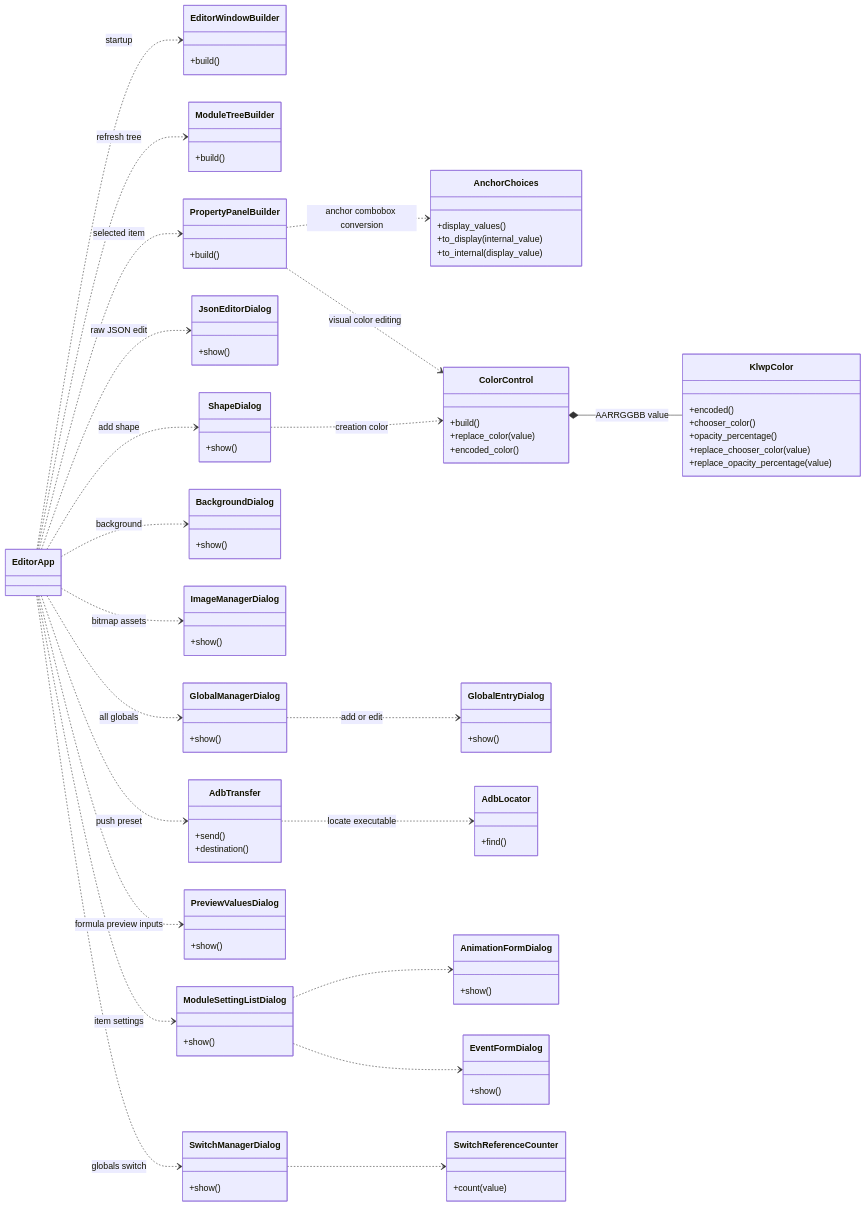
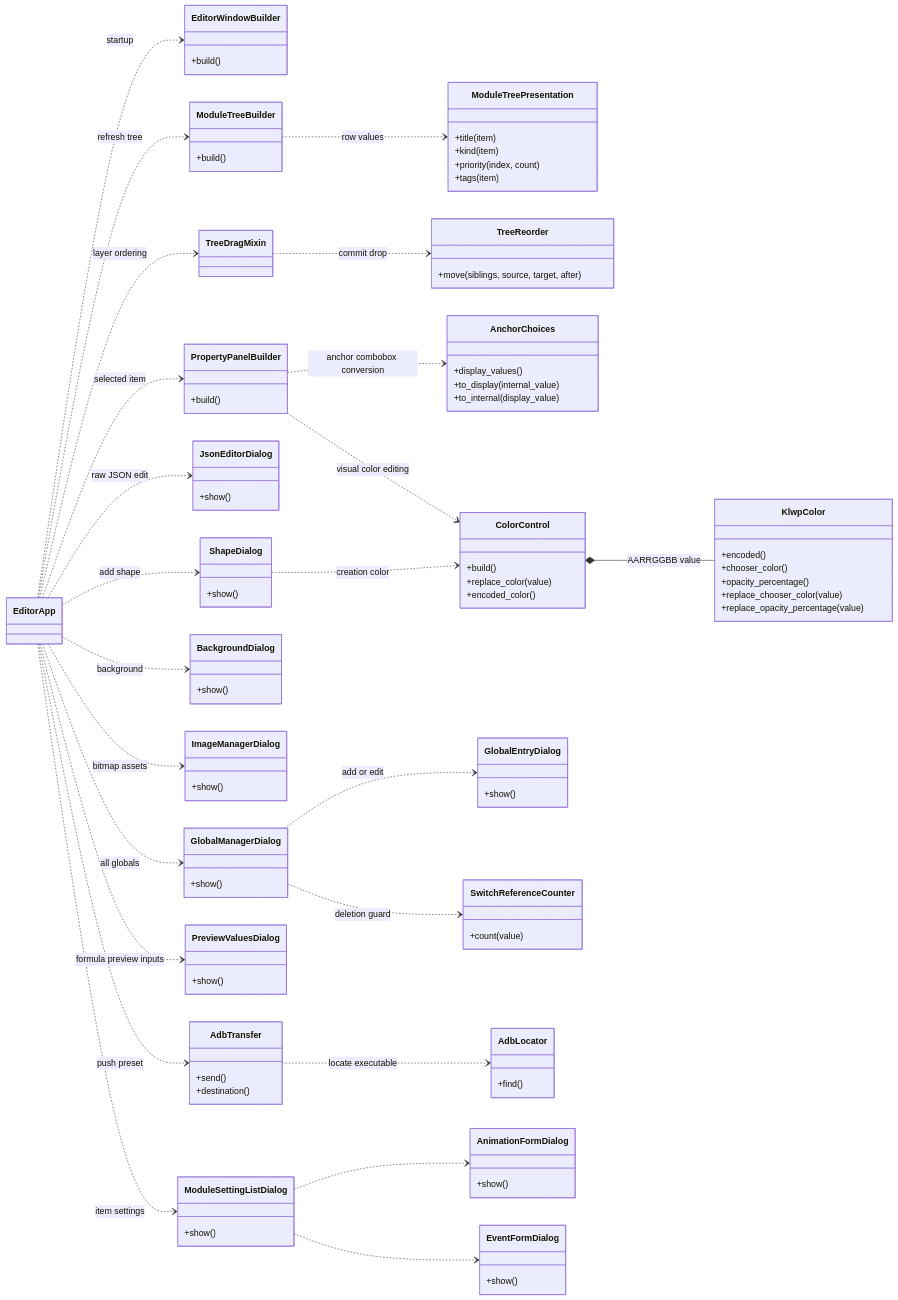
One commit to k014c1287/klwp_pc_editor changed the fifth of 14 diagrams in doc/KLWPエディタ_設計仕様.md. Above: the diagram before and after it, drawn with Mermaid. The commit also changed other lines of this file and 17 other files, not shown here.

````diff
--- a/doc/KLWPエディタ_設計仕様.md
+++ b/doc/KLWPエディタ_設計仕様.md
@@ -480,6 +486,16 @@
     }
     class ModuleTreeBuilder {
         +build()
+    }
+    class ModuleTreePresentation {
+        +title(item)
+        +kind(item)
+        +priority(index, count)
+        +tags(item)
+    }
+    class TreeDragMixin
+    class TreeReorder {
+        +move(siblings, source, target, after)
     }
     class PropertyPanelBuilder {
         +build()
@@ -513,9 +529,6 @@
     class ImageManagerDialog {
         +show()
     }
-    class SwitchManagerDialog {
-        +show()
-    }
     class GlobalManagerDialog {
         +show()
     }
@@ -547,6 +560,9 @@
 
     EditorApp ..> EditorWindowBuilder : startup
     EditorApp ..> ModuleTreeBuilder : refresh tree
+    ModuleTreeBuilder ..> ModuleTreePresentation : row values
+    EditorApp ..> TreeDragMixin : layer ordering
+    TreeDragMixin ..> TreeReorder : commit drop
     EditorApp ..> PropertyPanelBuilder : selected item
     PropertyPanelBuilder ..> AnchorChoices : anchor combobox conversion
     PropertyPanelBuilder ..> ColorControl : visual color editing
@@ -556,7 +572,6 @@
     EditorApp ..> ShapeDialog : add shape
     EditorApp ..> BackgroundDialog : background
     EditorApp ..> ImageManagerDialog : bitmap assets
-    EditorApp ..> SwitchManagerDialog : globals switch
     EditorApp ..> GlobalManagerDialog : all globals
     GlobalManagerDialog ..> GlobalEntryDialog : add or edit
     EditorApp ..> PreviewValuesDialog : formula preview inputs
@@ -565,5 +580,5 @@
     EditorApp ..> ModuleSettingListDialog : item settings
     ModuleSettingListDialog ..> AnimationFormDialog
     ModuleSettingListDialog ..> EventFormDialog
-    SwitchManagerDialog ..> SwitchReferenceCounter
+    GlobalManagerDialog ..> SwitchReferenceCounter : deletion guard
 ```
````
